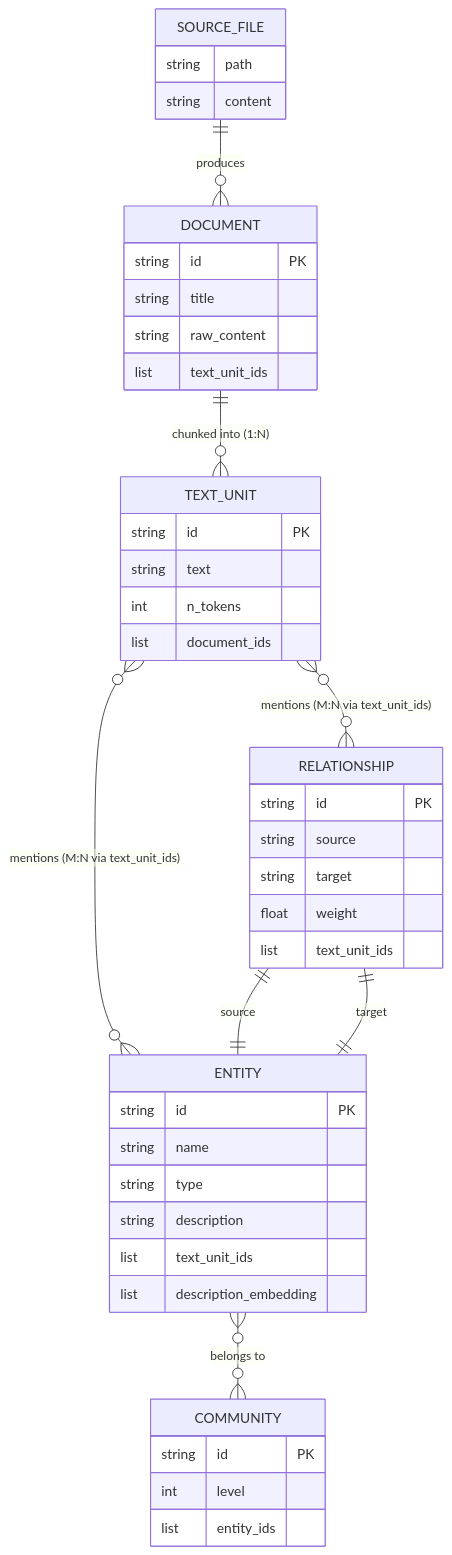
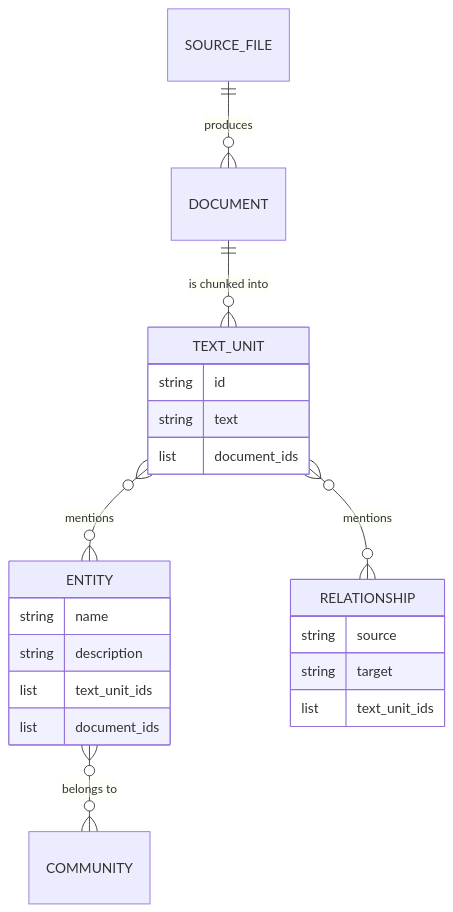
Before and after one commit to CAMARA-CHILENA-INTELIGENCIA-ARTIFICIAL/GRAIL: the second of 8 diagrams in docs/incremental_pipeline.md, drawn with Mermaid. The commit also changed other lines of this file, not shown here.

````diff
--- a/docs/incremental_pipeline.md
+++ b/docs/incremental_pipeline.md
@@ -74,47 +73,25 @@
 ```mermaid
 erDiagram
     SOURCE_FILE ||--o{ DOCUMENT : "produces"
-    DOCUMENT ||--o{ TEXT_UNIT : "chunked into (1:N)"
-    TEXT_UNIT }o--o{ ENTITY : "mentions (M:N via text_unit_ids)"
-    TEXT_UNIT }o--o{ RELATIONSHIP : "mentions (M:N via text_unit_ids)"
+    DOCUMENT ||--o{ TEXT_UNIT : "is chunked into"
+    TEXT_UNIT }o--o{ ENTITY : "mentions"
+    TEXT_UNIT }o--o{ RELATIONSHIP : "mentions"
     ENTITY }o--o{ COMMUNITY : "belongs to"
-    RELATIONSHIP ||--|| ENTITY : "source"
-    RELATIONSHIP ||--|| ENTITY : "target"
 
-    SOURCE_FILE {
-        string path
-        string content
-    }
-    DOCUMENT {
-        string id PK
-        string title
-        string raw_content
-        list text_unit_ids
-    }
     TEXT_UNIT {
-        string id PK
+        string id
         string text
-        int n_tokens
         list document_ids
     }
     ENTITY {
-        string id PK
         string name
-        string type
         string description
         list text_unit_ids
-        list description_embedding
+        list document_ids
     }
     RELATIONSHIP {
-        string id PK
         string source
         string target
-        float weight
         list text_unit_ids
     }
-    COMMUNITY {
-        string id PK
-        int level
-        list entity_ids
-    }
 ```
````
